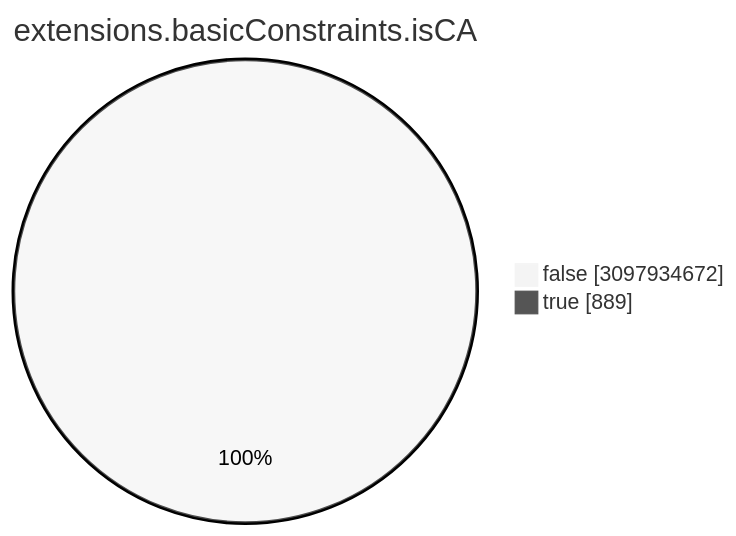
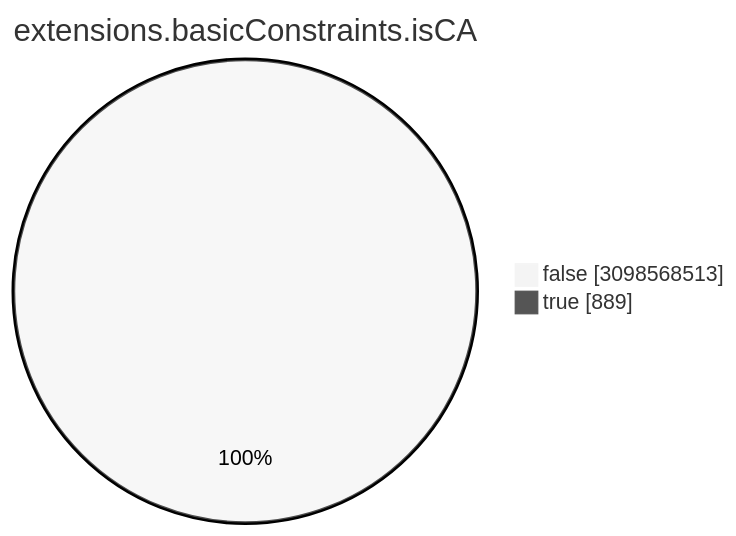
One commit to christiankrug/ctmonitor_visualization changed the seventh of 15 diagrams in TOTAL/README.md. Above: the diagram before and after it, drawn with Mermaid (neutral theme). The commit also changed other lines of this file, not shown here.

````diff
--- a/TOTAL/README.md
+++ b/TOTAL/README.md
@@ -3088,6 +3088,6 @@
 ```mermaid
 pie showData
 title extensions.basicConstraints.isCA
-"false" :3097934672
+"false" :3098568513
 "true" :889
 ```
````
